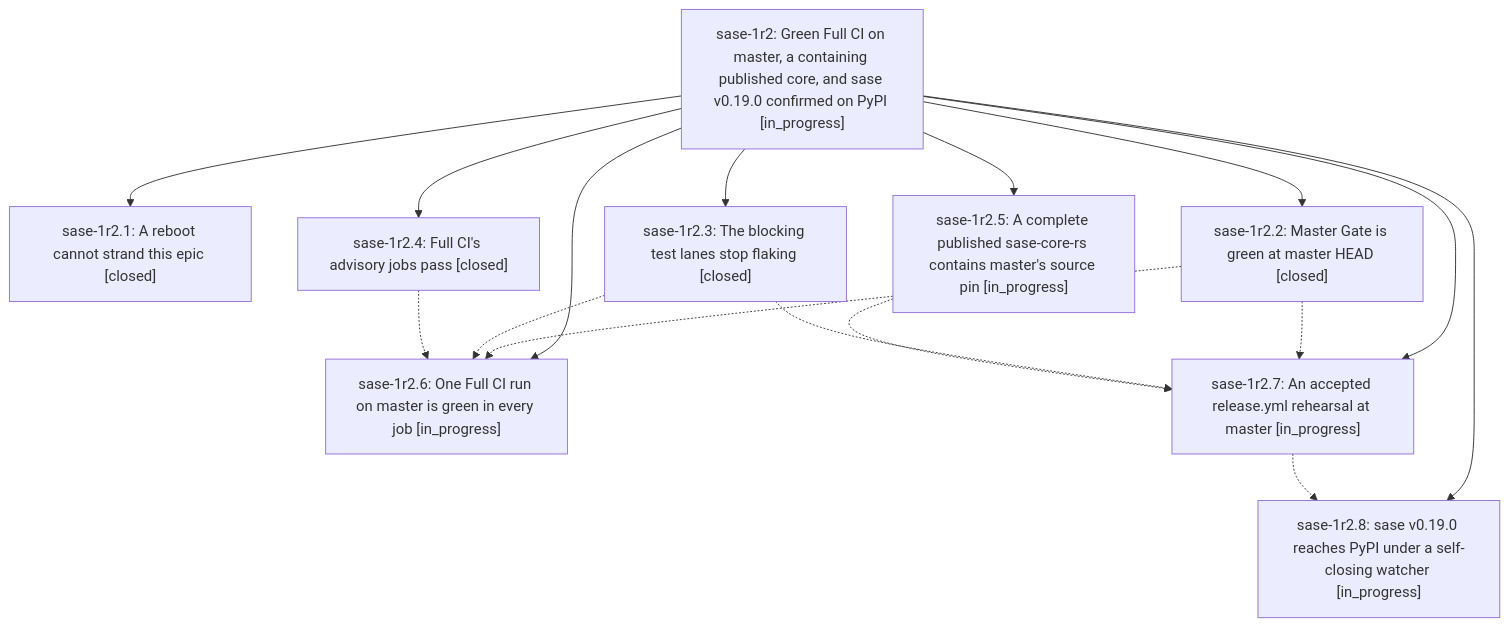
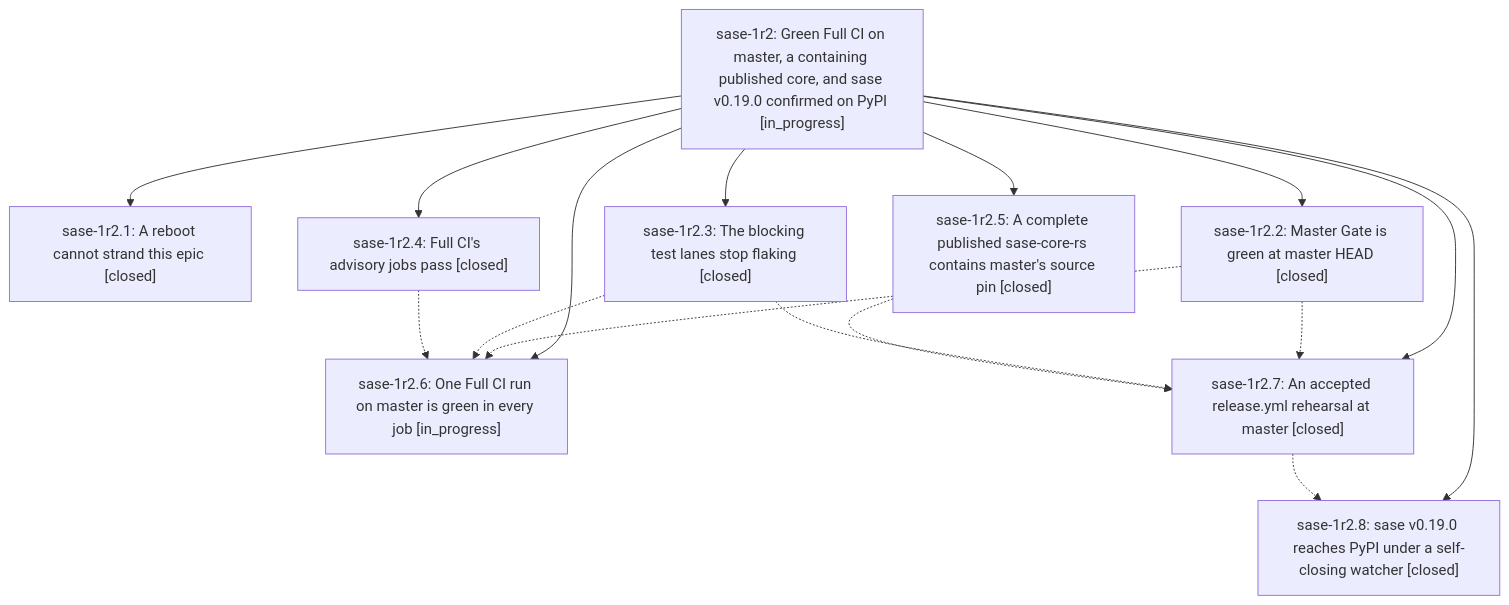
One commit to sase-org/sase--beads changed the diagram in pages/sase-1r2/README.md. Above: the diagram before and after it, drawn with Mermaid. The commit also changed other lines of this file and 8 other files, not shown here.

````diff
--- a/pages/sase-1r2/README.md
+++ b/pages/sase-1r2/README.md
@@ -49,27 +53,27 @@
 ```mermaid
 flowchart TD
     n0["sase-1r2: Green Full CI on master, a containing published core, and sase v0.19.0 confirmed on PyPI [in_progress]"]
     n1["sase-1r2.1: A reboot cannot strand this epic [closed]"]
     n2["sase-1r2.2: Master Gate is green at master HEAD [closed]"]
     n3["sase-1r2.3: The blocking test lanes stop flaking [closed]"]
     n4["sase-1r2.4: Full CI's advisory jobs pass [closed]"]
-    n5["sase-1r2.5: A complete published sase-core-rs contains master's source pin [in_progress]"]
+    n5["sase-1r2.5: A complete published sase-core-rs contains master's source pin [closed]"]
     n6["sase-1r2.6: One Full CI run on master is green in every job [in_progress]"]
-    n7["sase-1r2.7: An accepted release.yml rehearsal at master [in_progress]"]
-    n8["sase-1r2.8: sase v0.19.0 reaches PyPI under a self-closing watcher [in_progress]"]
+    n7["sase-1r2.7: An accepted release.yml rehearsal at master [closed]"]
+    n8["sase-1r2.8: sase v0.19.0 reaches PyPI under a self-closing watcher [closed]"]
     n0 --> n1
     n0 --> n2
     n0 --> n3
     n0 --> n4
     n0 --> n5
     n0 --> n6
     n0 --> n7
     n0 --> n8
     n2 -.-> n6
     n2 -.-> n7
     n3 -.-> n6
     n3 -.-> n7
     n4 -.-> n6
     n5 -.-> n7
     n7 -.-> n8
 ```
````
